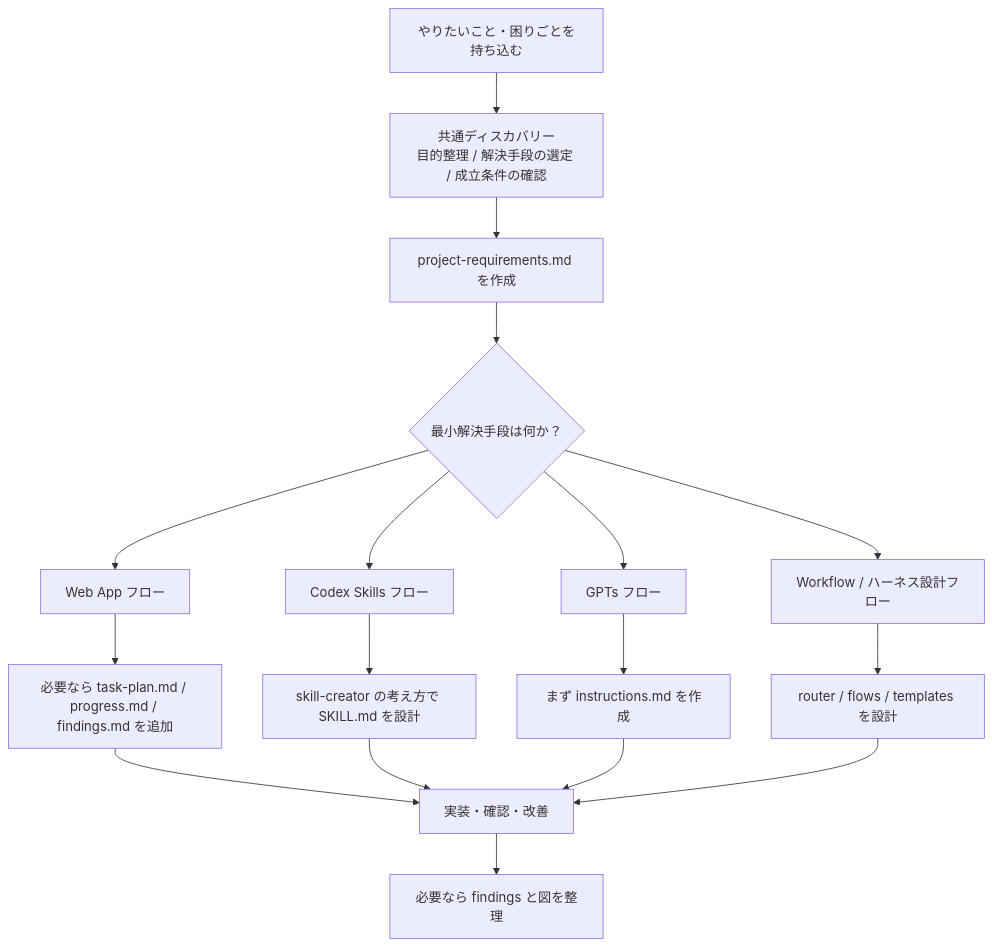
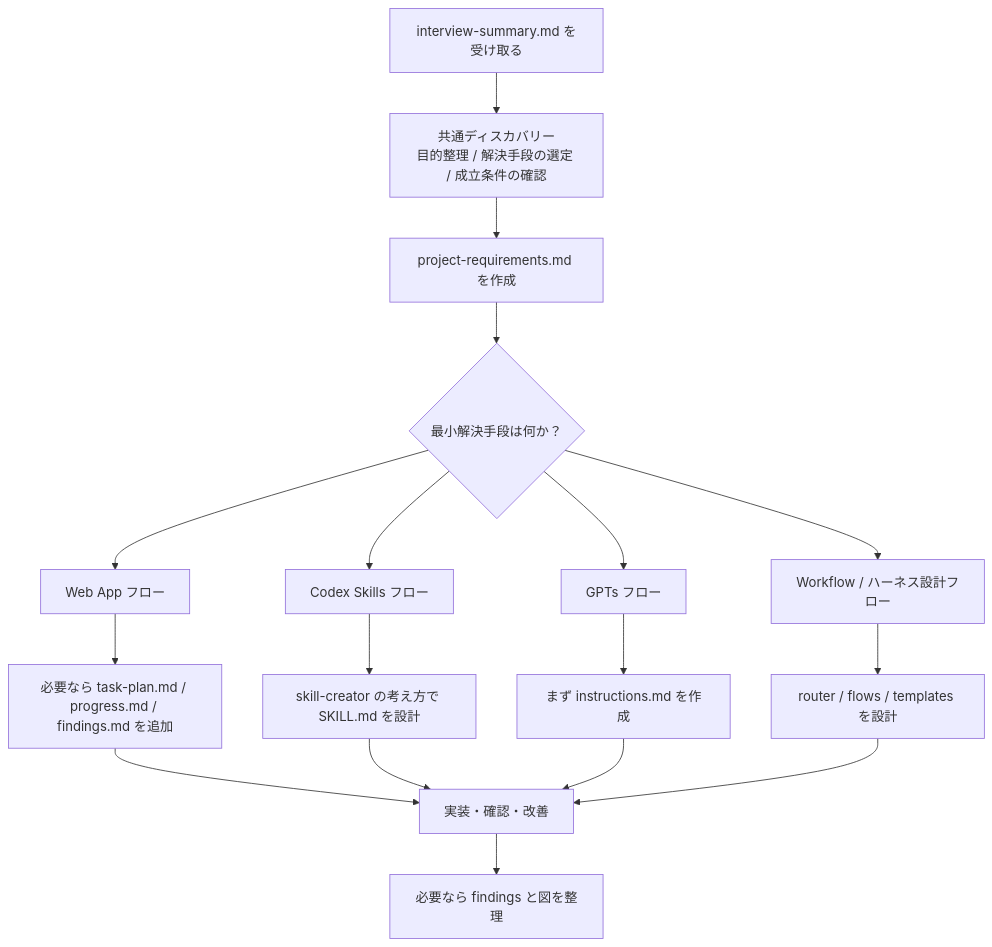
Before and after one commit to ryota-nakazawa/ultra_sprint_harness: the first of 4 diagrams in README.md, drawn with Mermaid. The commit also changed other lines of this file and 4 other files, not shown here.

````diff
--- a/README.md
+++ b/README.md
@@ -63,19 +79,19 @@
 ```mermaid
 flowchart TD
-    A["やりたいこと・困りごとを持ち込む"] --> B["共通ディスカバリー<br/>目的整理 / 解決手段の選定 / 成立条件の確認"]
+    A["interview-summary.md を受け取る"] --> B["共通ディスカバリー<br/>目的整理 / 解決手段の選定 / 成立条件の確認"]
     B --> C["project-requirements.md を作成"]
     C --> D{"最小解決手段は何か？"}
     D --> E["Web App フロー"]
     D --> F["Codex Skills フロー"]
     D --> G["GPTs フロー"]
     D --> H["Workflow / ハーネス設計フロー"]
     E --> I["必要なら task-plan.md / progress.md / findings.md を追加"]
     F --> J["skill-creator の考え方で SKILL.md を設計"]
     G --> K["まず instructions.md を作成"]
     H --> L["router / flows / templates を設計"]
     I --> M["実装・確認・改善"]
     J --> M
     K --> M
     L --> M
     M --> N["必要なら findings と図を整理"]
 ```
````
